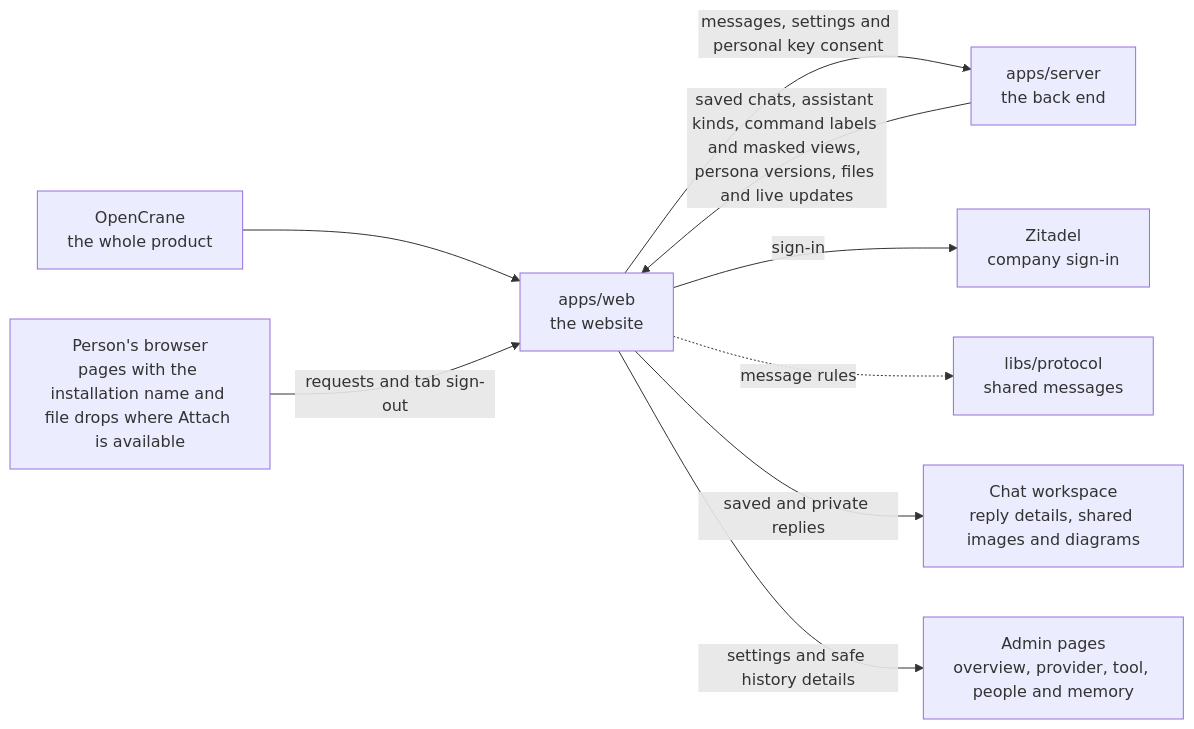
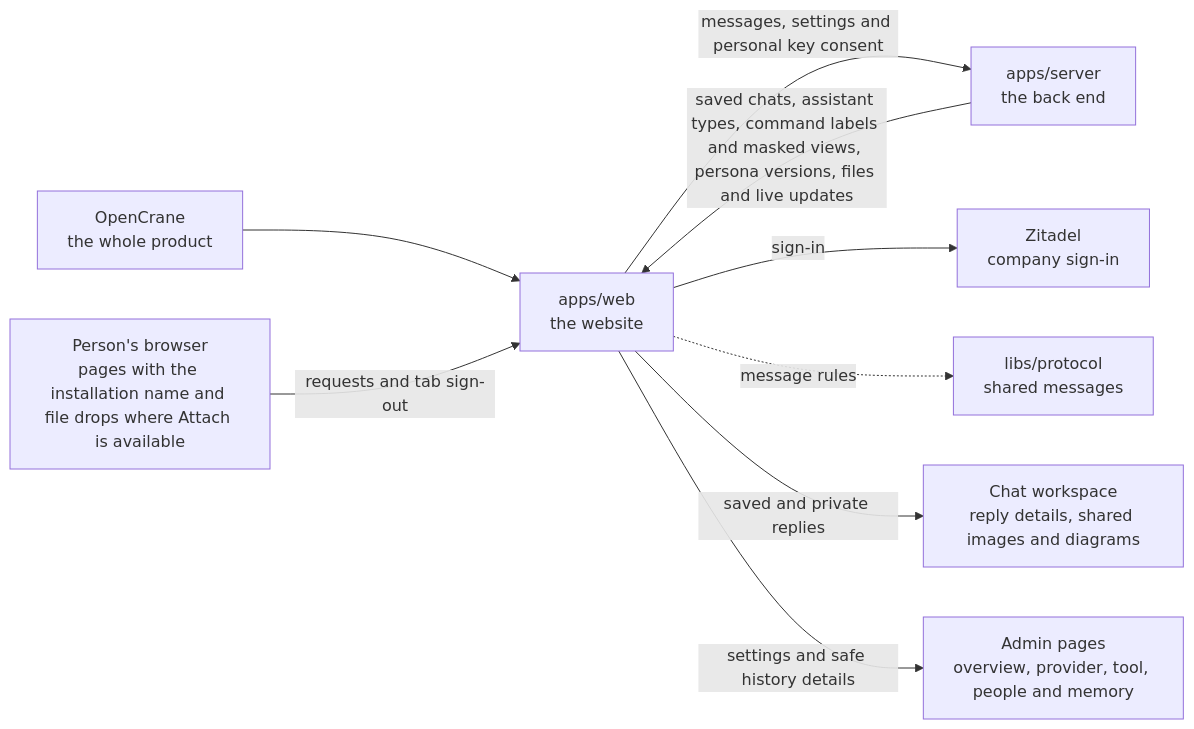
One commit to elewa-git/opencrane-new changed the diagram in apps/web/README.md. Above: the diagram before and after it, drawn with Mermaid. The commit also changed other lines of this file and 11 other files, not shown here.

````diff
--- a/apps/web/README.md
+++ b/apps/web/README.md
@@ -17,11 +17,11 @@
 ```mermaid
 flowchart LR
   system["OpenCrane<br/>the whole product"] --> web["apps/web<br/>the website"]
   browser["Person's browser<br/>pages with the installation name and file drops where Attach is available"] -->|requests and tab sign-out| web
   web -->|messages, settings and personal key consent| server["apps/server<br/>the back end"]
-  server -->|saved chats, assistant kinds, command labels and masked views, persona versions, files and live updates| web
+  server -->|saved chats, assistant types, command labels and masked views, persona versions, files and live updates| web
   web -->|sign-in| zitadel["Zitadel<br/>company sign-in"]
   web -.->|message rules| protocol["libs/protocol<br/>shared messages"]
   web -->|saved and private replies| capture["Chat workspace<br/>reply details, shared images and diagrams"]
   web -->|settings and safe history details| admin["Admin pages<br/>overview, provider, tool, people and memory"]
 ```
````
